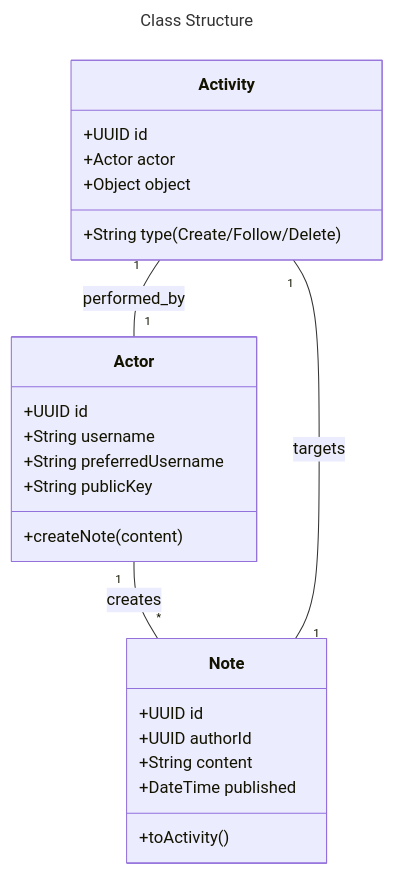
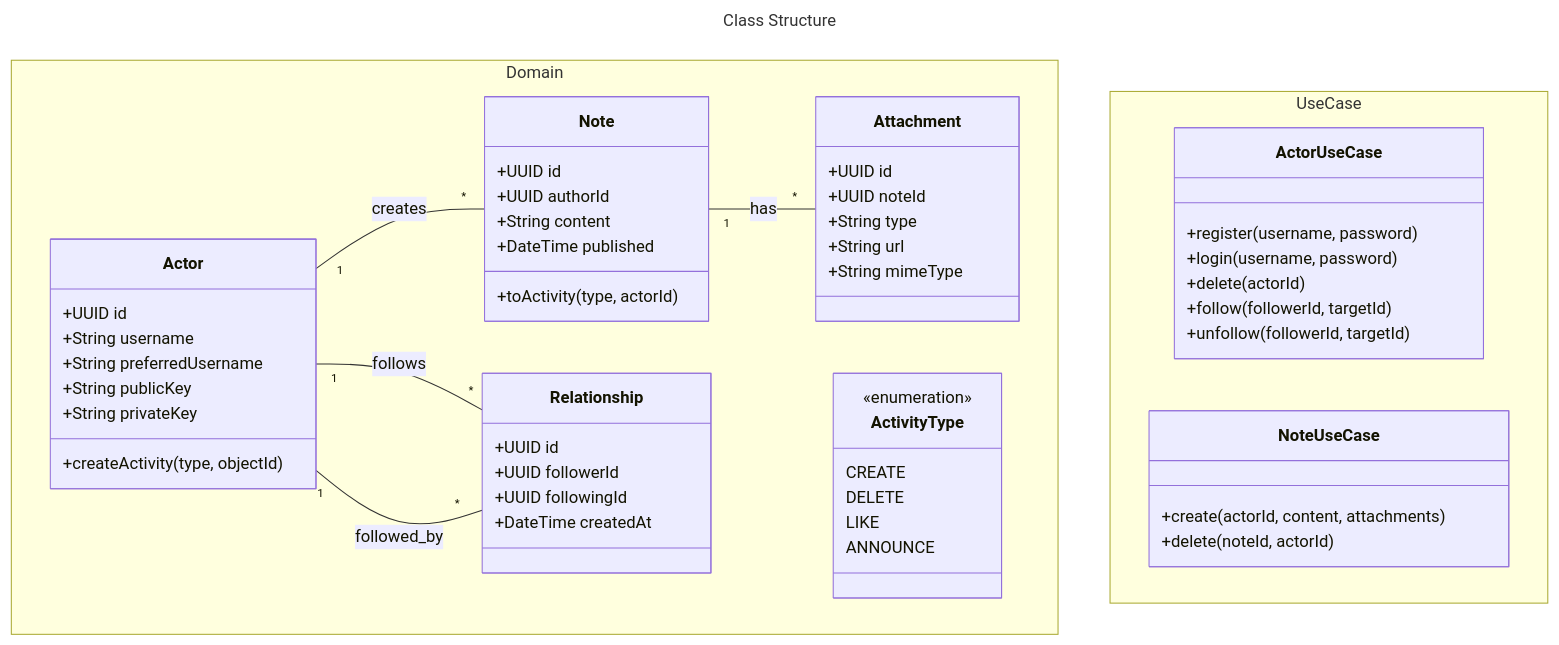
Before and after one commit to manzyun/zeronity-01-microblog: the diagram in docs/fig_class.mmd, drawn with Mermaid. The commit also changed 1 other file, not shown here.

Commit message:
[Vibe][Add][Mod] Updated class diagram and added ER diagram for UseCase implementation.

```diff
--- a/docs/fig_class.mmd
+++ b/docs/fig_class.mmd
@@ -1,31 +1,66 @@
 ---
 title: Class Structure
 ---
 
 classDiagram
-    class Actor {
-        +UUID id
-        +String username
-        +String preferredUsername
-        +String publicKey
-        +createNote(content)
+    namespace Domain {
+        class Actor {
+            +UUID id
+            +String username
+            +String preferredUsername
+            +String publicKey
+            +String privateKey
+            +createActivity(type, objectId)
+        }
+
+        class Note {
+            +UUID id
+            +UUID authorId
+            +String content
+            +DateTime published
+            +toActivity(type, actorId)
+        }
+
+        class ActivityType {
+            <<enumeration>>
+            CREATE
+            DELETE
+            LIKE
+            ANNOUNCE
+        }
+
+        class Relationship {
+            +UUID id
+            +UUID followerId
+            +UUID followingId
+            +DateTime createdAt
+        }
+
+        class Attachment {
+            +UUID id
+            +UUID noteId
+            +String type
+            +String url
+            +String mimeType
+        }
     }
 
-    class Note {
-        +UUID id
-        +UUID authorId
-        +String content
-        +DateTime published
-        +toActivity()
-    }
+    namespace UseCase {
+        class ActorUseCase {
+            +register(username, password)
+            +login(username, password)
+            +delete(actorId)
+            +follow(followerId, targetId)
+            +unfollow(followerId, targetId)
+        }
 
-    class Activity {
-        +UUID id
-        +String type (Create/Follow/Delete)
-        +Actor actor
-        +Object object
+        class NoteUseCase {
+            +create(actorId, content, attachments)
+            +delete(noteId, actorId)
+        }
     }
 
     Actor "1" -- "*" Note : creates
-    Activity "1" -- "1" Actor : performed_by
-    Activity "1" -- "1" Note : targets
+    Note "1" -- "*" Attachment : has
+    Actor "1" -- "*" Relationship : follows
+    Actor "1" -- "*" Relationship : followed_by
```
